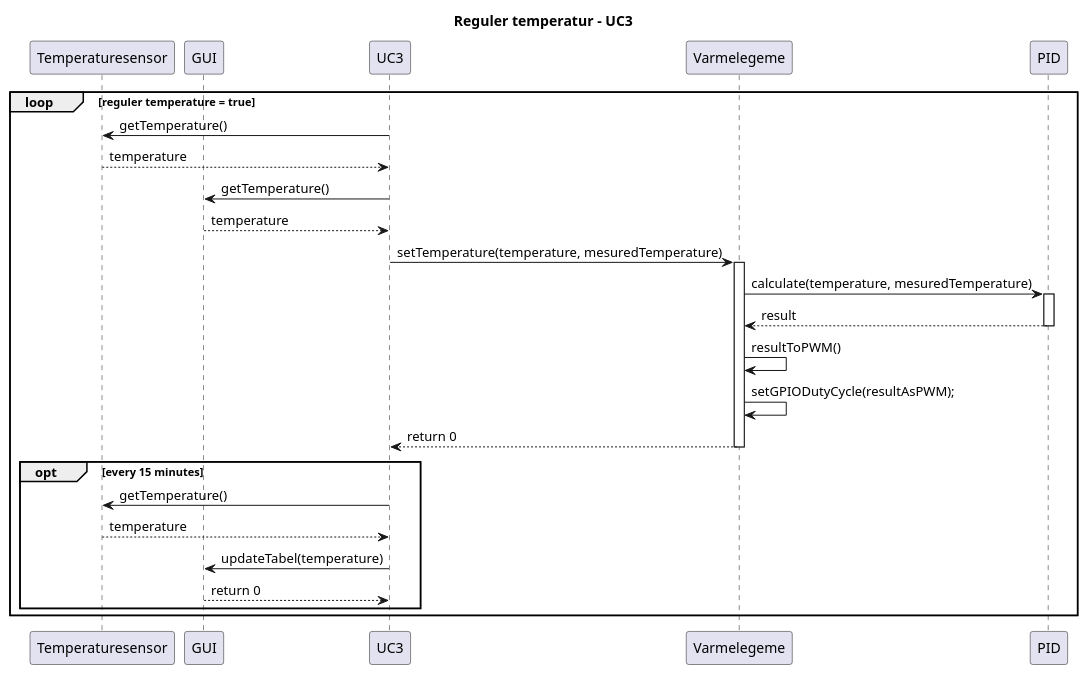
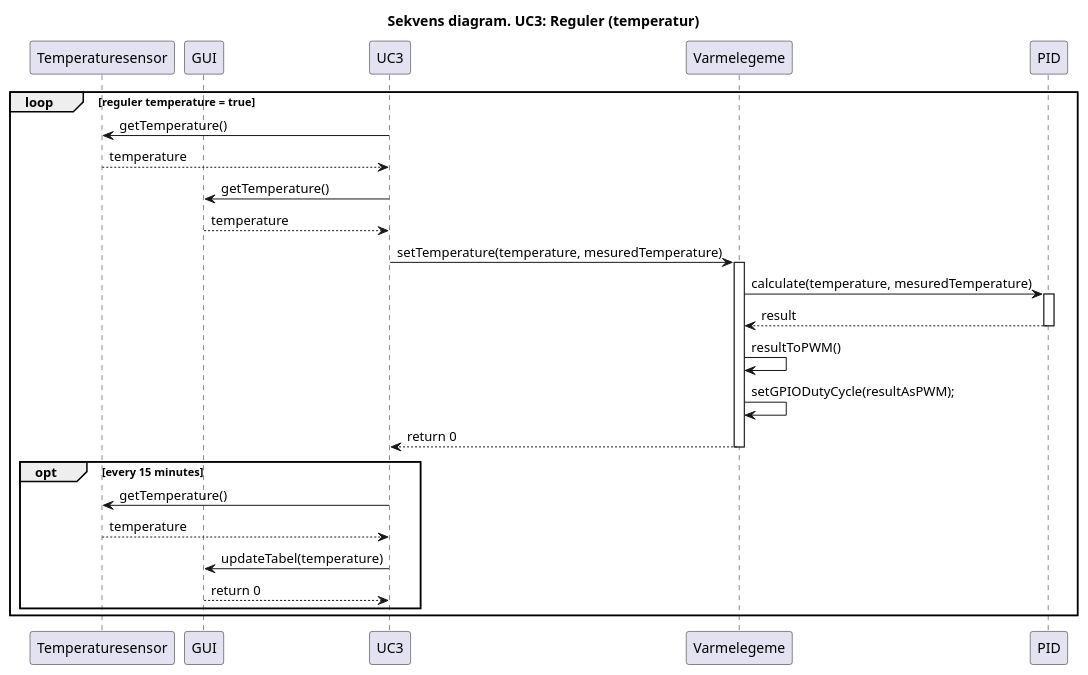
One commit to Solvgraa-mager/E4PRJ4 changed the diagram in Design/Akutuator enhed/Domnaemodel_AE/SD_AE_reguler.puml. Above: the diagram before and after it, drawn with PlantUML. The commit also changed 2 other files, not shown here.

```diff
--- a/Design/Akutuator enhed/Domnaemodel_AE/SD_AE_reguler.puml
+++ b/Design/Akutuator enhed/Domnaemodel_AE/SD_AE_reguler.puml
@@ -1,28 +1,28 @@
 @startuml SC_UC3
-title Reguler temperatur - UC3
+title Sekvens diagram. UC3: Reguler (temperatur)
 participant Temperaturesensor
 participant GUI
 participant UC3
 participant Varmelegeme
 participant PID
 
 loop reguler temperature = true
     UC3 -> Temperaturesensor : getTemperature()
     UC3 <-- Temperaturesensor : temperature
     UC3 -> GUI : getTemperature()
     UC3 <-- GUI : temperature
     UC3 -> Varmelegeme ++ : setTemperature(temperature, mesuredTemperature)
     Varmelegeme -> PID ++ : calculate(temperature, mesuredTemperature)
     return result
     Varmelegeme -> Varmelegeme : resultToPWM()
     Varmelegeme -> Varmelegeme : setGPIODutyCycle(resultAsPWM);
     return return 0
 
     opt every 15 minutes
         UC3 -> Temperaturesensor : getTemperature()
         UC3 <-- Temperaturesensor : temperature
         UC3 -> GUI : updateTabel(temperature)
         UC3 <-- GUI : return 0
     end
 end
-@enduml
+@enduml 
```
